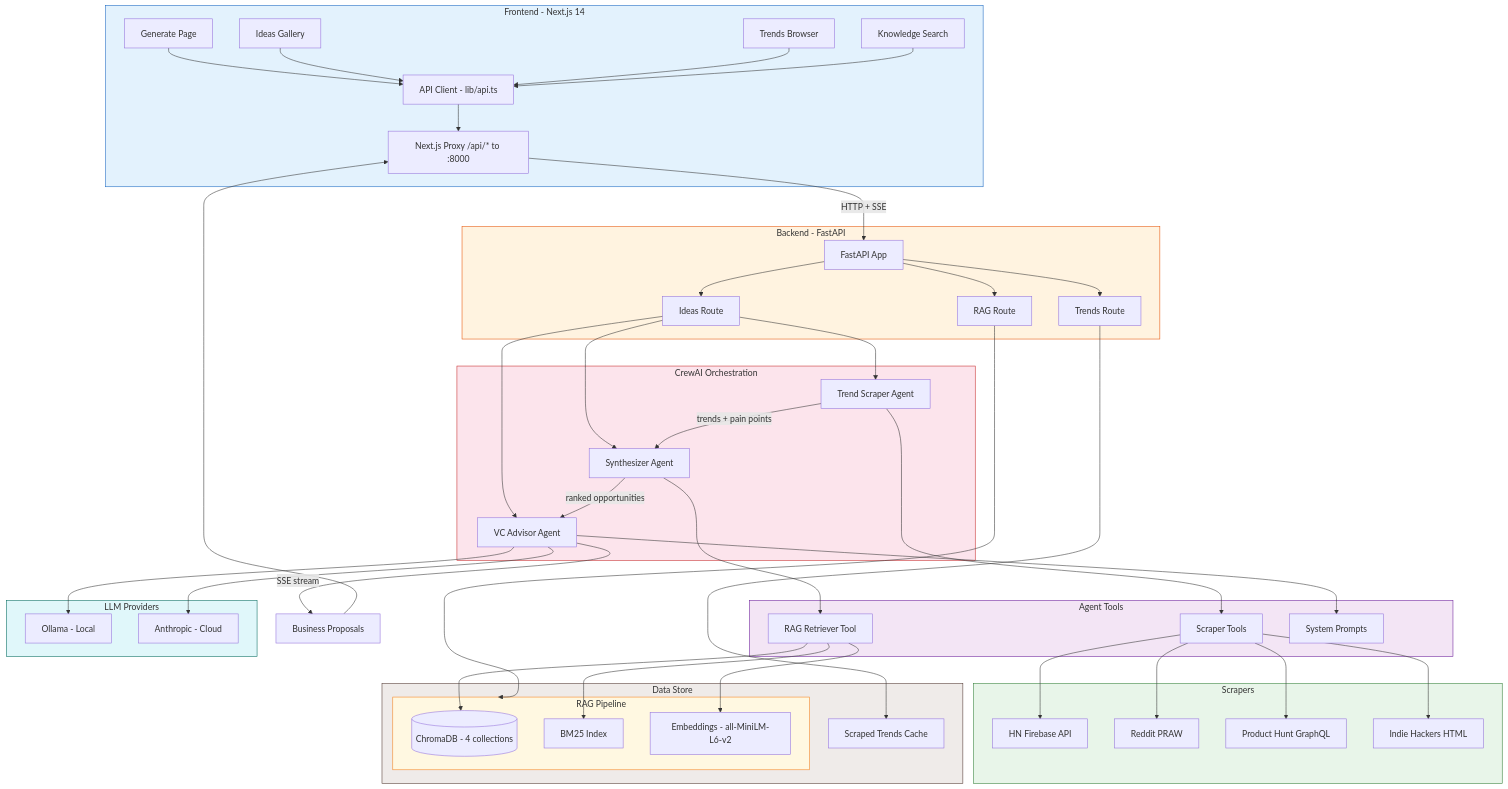
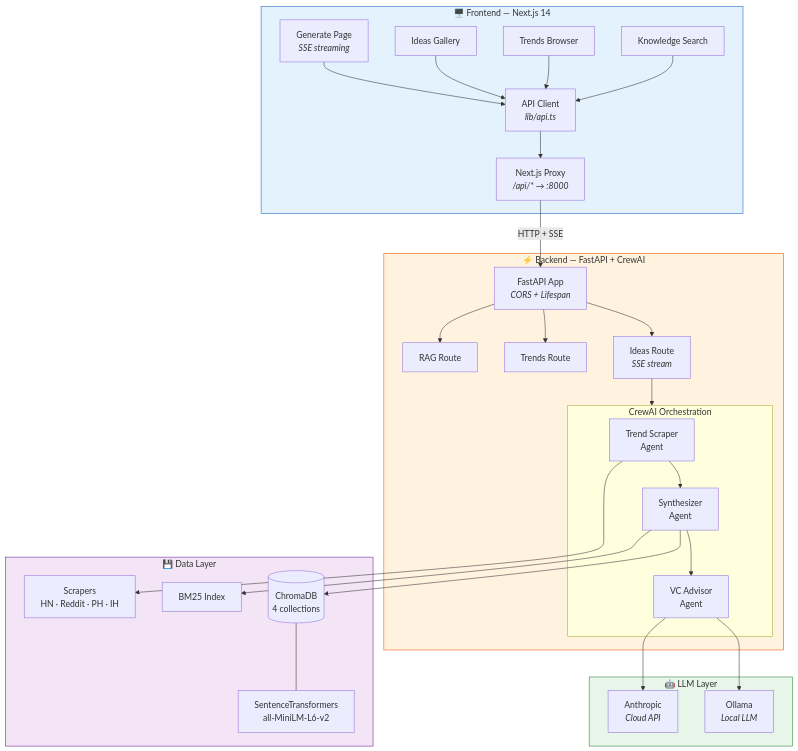
One commit to soumyachk101/IdeaForge changed the third of 7 diagrams in README.md. Above: the diagram before and after it, drawn with Mermaid. The commit also changed other lines of this file, not shown here.

````diff
--- a/README.md
+++ b/README.md
@@ -147,70 +129,54 @@
 ```mermaid
 graph TB
-    subgraph FRONTEND["Frontend - Next.js 14"]
-        P1["Generate Page"]
-        P2["Ideas Gallery"]
-        P3["Trends Browser"]
-        P4["Knowledge Search"]
-        P1 --> API["API Client - lib/api.ts"]
-        P2 --> API
-        P3 --> API
-        P4 --> API
-        API --> PROXY["Next.js Proxy /api/* to :8000"]
+    subgraph FRONTEND["🖥️ Frontend — Next.js 14"]
+        F1[Generate Page<br/><i>SSE streaming</i>]
+        F2[Ideas Gallery]
+        F3[Trends Browser]
+        F4[Knowledge Search]
+        F5[API Client<br/><i>lib/api.ts</i>]
+        F6[Next.js Proxy<br/><i>/api/* → :8000</i>]
+        F1 & F2 & F3 & F4 --> F5 --> F6
     end
 
-    subgraph BACKEND["Backend - FastAPI"]
-        PROXY -->|HTTP + SSE| FAST["FastAPI App"]
-        FAST --> R1["Ideas Route"]
-        FAST --> R2["Trends Route"]
-        FAST --> R3["RAG Route"]
+    subgraph BACKEND["⚡ Backend — FastAPI + CrewAI"]
+        B1[FastAPI App<br/><i>CORS + Lifespan</i>]
+        B2[Ideas Route<br/><i>SSE stream</i>]
+        B3[Trends Route]
+        B4[RAG Route]
+        B1 --> B2 & B3 & B4
+
+        subgraph CREWAI["CrewAI Orchestration"]
+            C1["Trend Scraper<br/>Agent"]
+            C2["Synthesizer<br/>Agent"]
+            C3["VC Advisor<br/>Agent"]
+            C1 --> C2 --> C3
+        end
+
+        B2 --> CREWAI
     end
 
-    subgraph CREW["CrewAI Orchestration"]
-        R1 --> A1["Trend Scraper Agent"]
-        R1 --> A2["Synthesizer Agent"]
-        R1 --> A3["VC Advisor Agent"]
-        A1 -->|trends + pain points| A2
-        A2 -->|ranked opportunities| A3
+    subgraph DATA["💾 Data Layer"]
+        D1[(ChromaDB<br/>4 collections)]
+        D2[Scrapers<br/>HN · Reddit · PH · IH]
+        D3[BM25 Index]
+        D4[SentenceTransformers<br/>all-MiniLM-L6-v2]
     end
 
-    subgraph TOOLS["Agent Tools"]
-        A1 --> T1["Scraper Tools"]
-        A2 --> T2["RAG Retriever Tool"]
-        A3 --> T3["System Prompts"]
+    subgraph LLM["🤖 LLM Layer"]
+        L1[Ollama<br/><i>Local LLM</i>]
+        L2[Anthropic<br/><i>Cloud API</i>]
     end
 
-    subgraph SCRAPERS["Scrapers"]
-        T1 --> S1["HN Firebase API"]
-        T1 --> S2["Reddit PRAW"]
-        T1 --> S3["Product Hunt GraphQL"]
-        T1 --> S4["Indie Hackers HTML"]
-    end
-
-    subgraph RAG["RAG Pipeline"]
-        T2 --> DB[("ChromaDB - 4 collections")]
-        T2 --> BM["BM25 Index"]
-        T2 --> EM["Embeddings - all-MiniLM-L6-v2"]
-    end
-
-    subgraph LLM["LLM Providers"]
-        A3 --> L1["Ollama - Local"]
-        A3 --> L2["Anthropic - Cloud"]
-    end
-
-    subgraph DATASTORE["Data Store"]
-        R2 --> SC["Scraped Trends Cache"]
-        R3 --> RAG
-    end
-
-    A3 -->|SSE stream| OUT["Business Proposals"]
-    OUT --> PROXY
+    F6 -->|HTTP + SSE| B1
+    C1 --> D2
+    C2 --> D1
+    C2 --> D3
+    C3 --> L1
+    C3 --> L2
+    D1 --- D4
 
     style FRONTEND fill:#e3f2fd,stroke:#1565C0
     style BACKEND fill:#fff3e0,stroke:#E65100
-    style CREW fill:#fce4ec,stroke:#c62828
-    style TOOLS fill:#f3e5f5,stroke:#6A1B9A
-    style SCRAPERS fill:#e8f5e9,stroke:#2E7D32
-    style RAG fill:#fff8e1,stroke:#f57f17
-    style LLM fill:#e0f7fa,stroke:#00695c
-    style DATASTORE fill:#efebe9,stroke:#4e342e
+    style DATA fill:#f3e5f5,stroke:#6A1B9A
+    style LLM fill:#e8f5e9,stroke:#2E7D32
 ```
````
